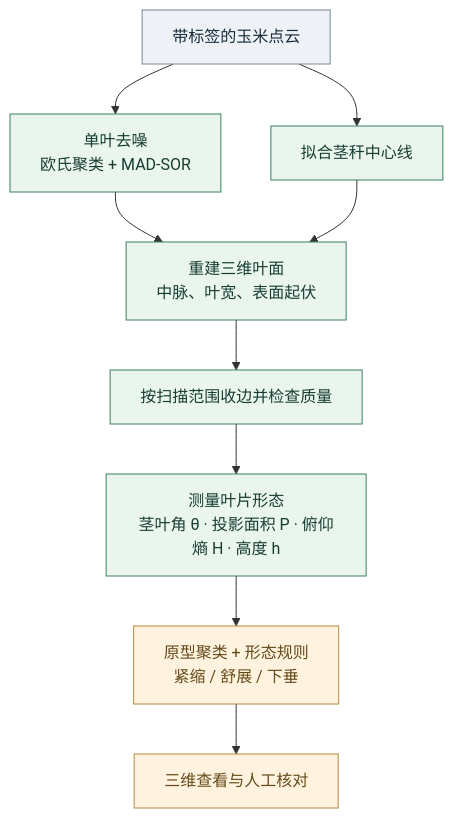
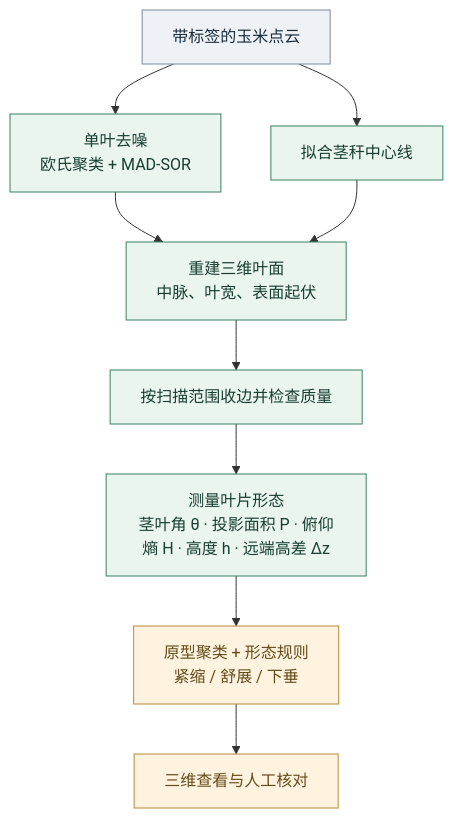
One commit to YueHuaNian/maize-3d-phenotyping changed the diagram in README.md. Above: the diagram before and after it, drawn with Mermaid. The commit also changed other lines of this file and 12 other files, not shown here.

````diff
--- a/README.md
+++ b/README.md
@@ -7,17 +7,17 @@
 ```mermaid
 flowchart TD
     A[带标签的玉米点云] --> B["单叶去噪<br/>欧氏聚类 + MAD-SOR"]
     A --> C[拟合茎秆中心线]
     B --> D["重建三维叶面<br/>中脉、叶宽、表面起伏"]
     C --> D
     D --> E[按扫描范围收边并检查质量]
-    E --> F["测量叶片形态<br/>茎叶角 θ · 投影面积 P · 俯仰熵 H · 高度 h"]
+    E --> F["测量叶片形态<br/>茎叶角 θ · 投影面积 P · 俯仰熵 H · 高度 h · 远端高差 Δz"]
     F --> G["原型聚类 + 形态规则<br/>紧缩 / 舒展 / 下垂"]
     G --> H[三维查看与人工核对]
     classDef input fill:#eef2f7,stroke:#7b8794,color:#172b3a;
     classDef process fill:#eaf5ee,stroke:#3b8060,color:#183e32;
     classDef output fill:#fff3df,stroke:#b88a3c,color:#644b1a;
     class A input;
     class B,C,D,E,F process;
     class G,H output;
 ```
````
